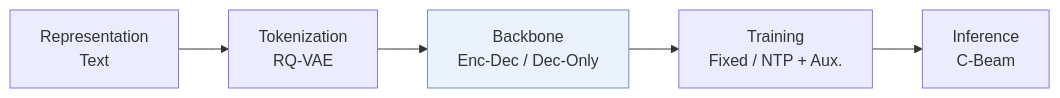
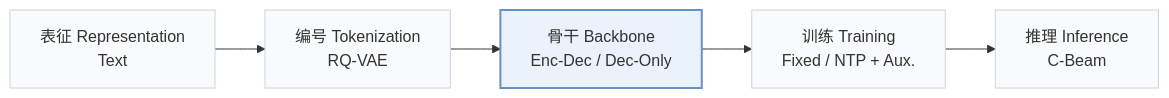
One commit to Galaxy-ghost/Awesome-SID-Generative-Rec changed the first of 2 diagrams in pages/zh/papers/stamp.md. Above: the diagram before and after it, drawn with Mermaid. The commit also changed other lines of this file and 649 other files, not shown here.

Commit message:
writer-05: also tags and modality index (schema, check, build, visuals); summary field removed; calibration data for 12 papers

````diff
--- a/pages/zh/papers/stamp.md
+++ b/pages/zh/papers/stamp.md
@@ -13,6 +15,8 @@
 ```mermaid
 flowchart LR
-    R["Representation<br/>Text"] --> T["Tokenization<br/>RQ-VAE"] --> B["Backbone<br/>Enc-Dec / Dec-Only"] --> TR["Training<br/>Fixed / NTP + Aux."] --> I["Inference<br/>C-Beam"]
-    classDef main fill:#eaf2fb,stroke:#6b8fc7
+    R["表征 Representation<br/>Text"] --> T["编号 Tokenization<br/>RQ-VAE"] --> B["骨干 Backbone<br/>Enc-Dec / Dec-Only"] --> TR["训练 Training<br/>Fixed / NTP + Aux."] --> I["推理 Inference<br/>C-Beam"]
+    classDef base fill:#f8fafc,stroke:#cbd5e1
+    class R,T,B,TR,I base
+    classDef main fill:#eaf2fb,stroke:#6b8fc7,stroke-width:2px
     class B main
 ```
````
